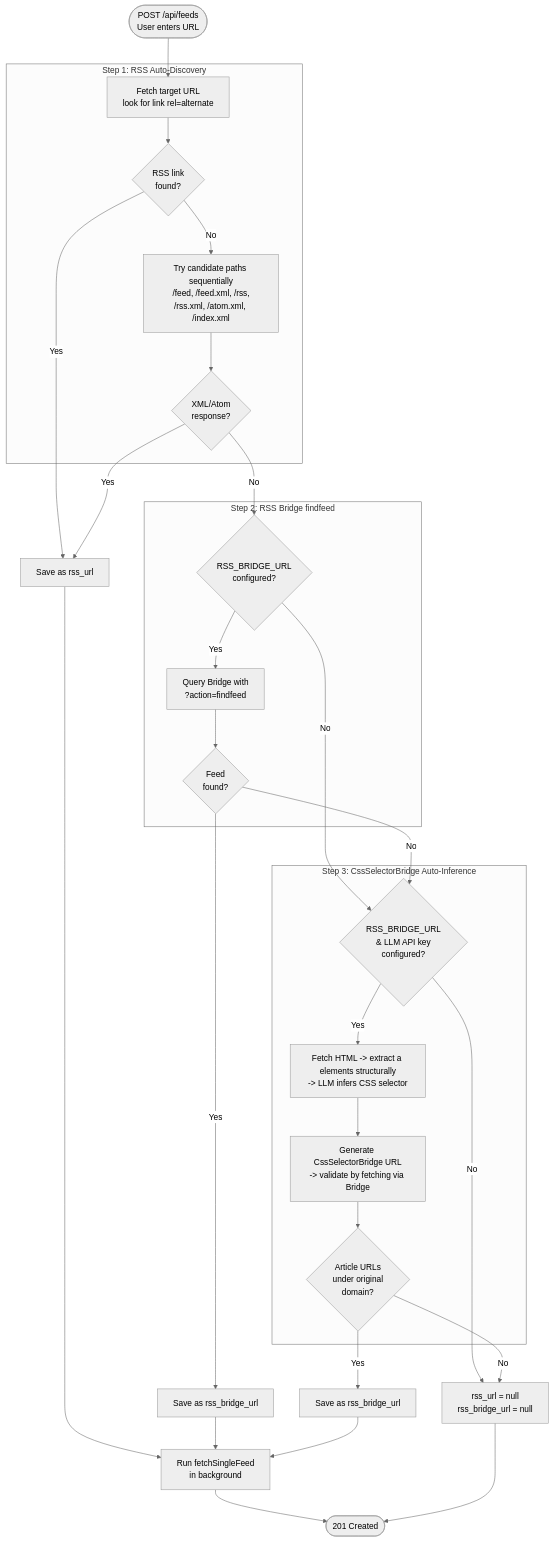
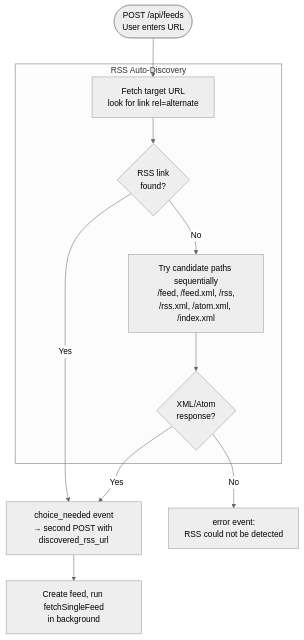
One commit to leeclissett/oksskolten changed the second of 2 diagrams in docs/spec/30_ingestion.md. Above: the diagram before and after it, drawn with Mermaid (neutral theme). The commit also changed other lines of this file and 155 other files, not shown here.

````diff
--- a/docs/spec/30_ingestion.md
+++ b/docs/spec/30_ingestion.md
@@ -362,42 +344,17 @@
 ```mermaid
 flowchart TD
     Start([POST /api/feeds<br/>User enters URL]) --> S1
 
-    subgraph Step1 [Step 1: RSS Auto-Discovery]
+    subgraph Step1 [RSS Auto-Discovery]
         S1["Fetch target URL<br/>look for link rel=alternate"]
         S1 --> S1b{"RSS link<br/>found?"}
         S1b -- No --> S1c["Try candidate paths sequentially<br/>/feed, /feed.xml, /rss,<br/>/rss.xml, /atom.xml, /index.xml"]
         S1c --> S1d{"XML/Atom<br/>response?"}
     end
 
-    S1b -- Yes --> OK1["Save as rss_url"]
+    S1b -- Yes --> OK1["choice_needed event<br/>→ second POST with discovered_rss_url"]
     S1d -- Yes --> OK1
-    S1d -- No --> S2
+    S1d -- No --> Fail["error event:<br/>RSS could not be detected"]
 
-    subgraph Step2 [Step 2: RSS Bridge findfeed]
-        S2{"RSS_BRIDGE_URL<br/>configured?"}
-        S2 -- Yes --> S2b["Query Bridge with<br/>?action=findfeed"]
-        S2b --> S2c{"Feed<br/>found?"}
-    end
-
-    S2 -- No --> S3
-    S2c -- Yes --> OK2["Save as rss_bridge_url"]
-    S2c -- No --> S3
-
-    subgraph Step3 [Step 3: CssSelectorBridge Auto-Inference]
-        S3{"RSS_BRIDGE_URL<br/>& LLM API key<br/>configured?"}
-        S3 -- Yes --> S3b["Fetch HTML -> extract a elements structurally<br/>-> LLM infers CSS selector"]
-        S3b --> S3c["Generate CssSelectorBridge URL<br/>-> validate by fetching via Bridge"]
-        S3c --> S3d{"Article URLs<br/>under original<br/>domain?"}
-    end
-
-    S3 -- No --> Fail
-    S3d -- Yes --> OK3["Save as rss_bridge_url"]
-    S3d -- No --> Fail
-
-    OK1 --> Fetch["Run fetchSingleFeed<br/>in background"]
-    OK2 --> Fetch
-    OK3 --> Fetch
-    Fetch --> Done([201 Created])
-    Fail["rss_url = null<br/>rss_bridge_url = null"] --> Done
+    OK1 --> Fetch["Create feed, run fetchSingleFeed<br/>in background"]
 ```
````
